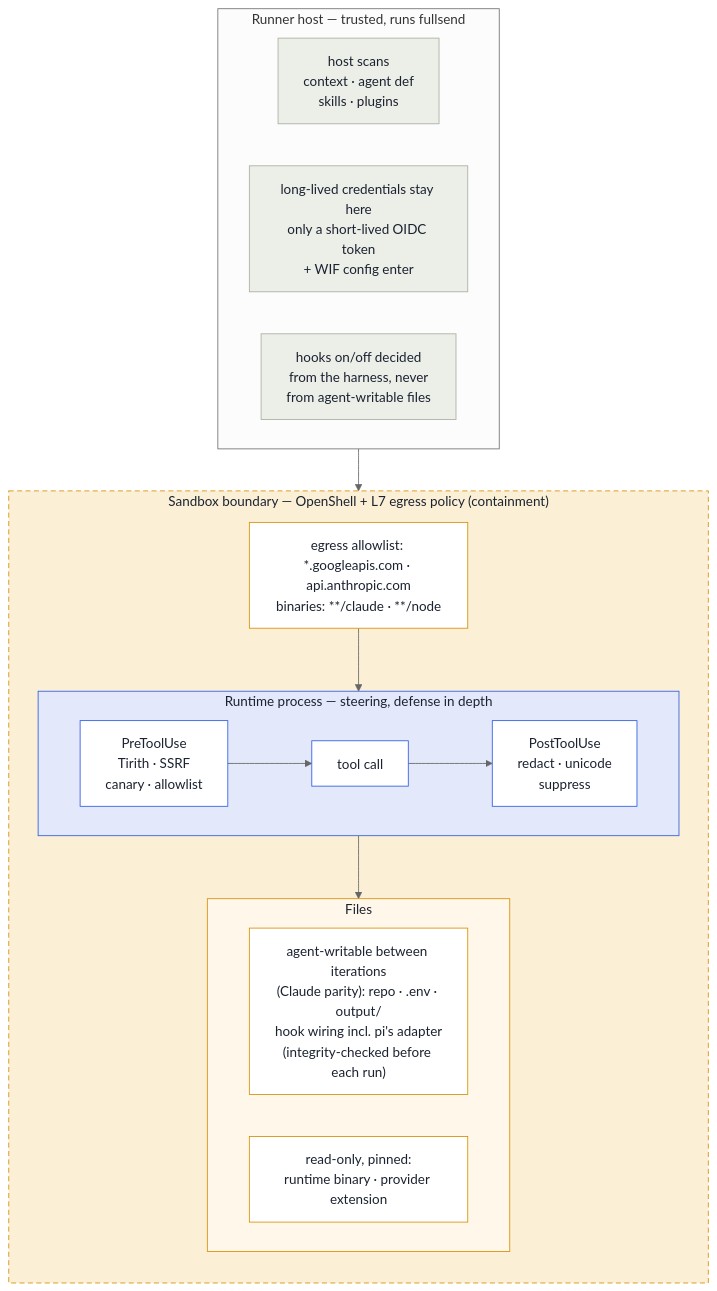
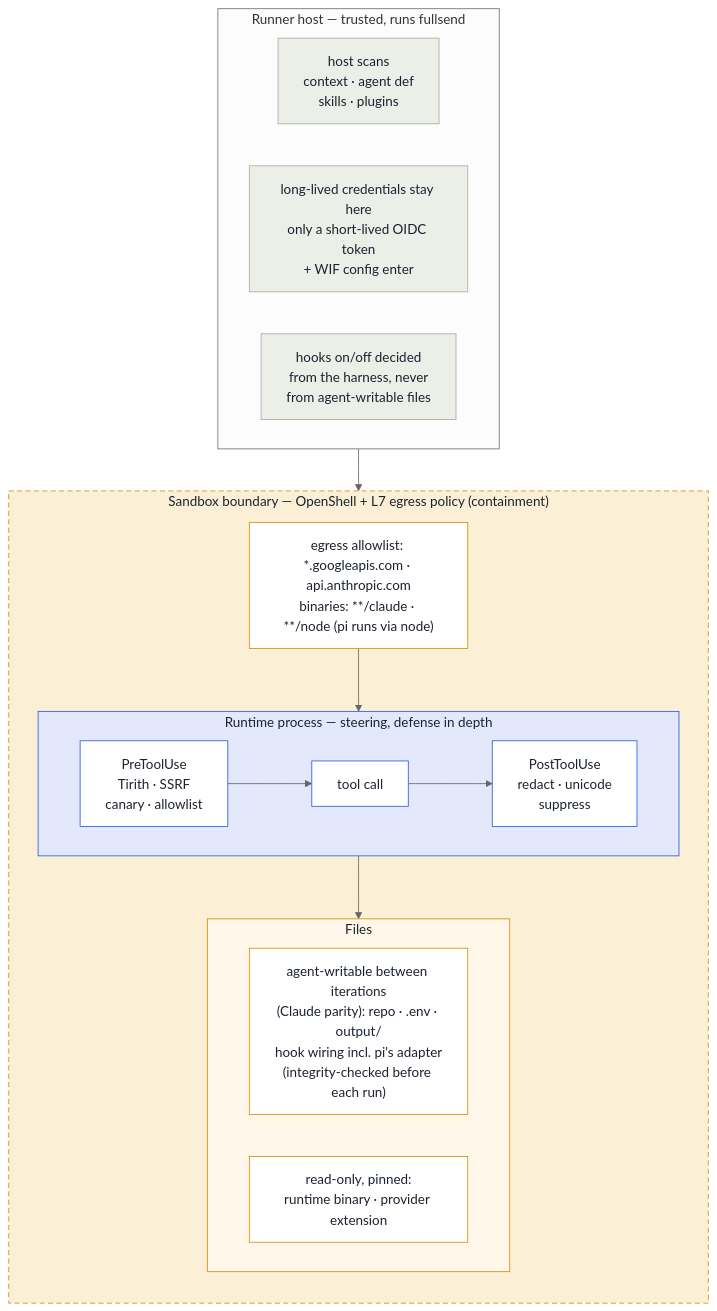
The second of 3 diagrams in docs/runtimes.md (Benkapner/fullsend), drawn with Mermaid (neutral theme) before and after one commit. The commit also changed other lines of this file and 4 other files, not shown here.

````diff
--- a/docs/runtimes.md
+++ b/docs/runtimes.md
@@ -47,36 +47,36 @@
 ```mermaid
 flowchart TB
   subgraph HOST["Runner host — trusted, runs fullsend"]
     direction LR
     SCAN["host scans\ncontext · agent def\nskills · plugins"]
     CRED["long-lived credentials stay here\nonly a short-lived OIDC token\n+ WIF config enter"]
     SIG["hooks on/off decided\nfrom the harness, never\nfrom agent-writable files"]
   end
   subgraph SB["Sandbox boundary — OpenShell + L7 egress policy (containment)"]
     direction TB
-    EG["egress allowlist: *.googleapis.com · api.anthropic.com\nbinaries: **/claude · **/node"]
+    EG["egress allowlist: *.googleapis.com · api.anthropic.com\nbinaries: **/claude · **/node (pi runs via node)"]
     subgraph PROC["Runtime process — steering, defense in depth"]
       direction LR
       PRE["PreToolUse\nTirith · SSRF\ncanary · allowlist"]
       TOOL["tool call"]
       POST["PostToolUse\nredact · unicode\nsuppress"]
       PRE --> TOOL --> POST
     end
     subgraph FS["Files"]
       direction LR
       WR["agent-writable between iterations\n(Claude parity): repo · .env · output/\nhook wiring incl. pi's adapter\n(integrity-checked before each run)"]
       RO["read-only, pinned:\nruntime binary · provider extension"]
     end
     EG --> PROC --> FS
   end
   HOST --> SB
   style SB fill:#fbf0d6,stroke:#d98e04,stroke-dasharray:6 4,color:#1b2230
   style PROC fill:#e3e9fb,stroke:#2d5be3,color:#1b2230
   style FS fill:#fff8ea,stroke:#d98e04,color:#1b2230
   classDef boundary fill:#fff,stroke:#d98e04,color:#1b2230;
   classDef steer fill:#fff,stroke:#2d5be3,color:#1b2230;
   classDef host fill:#eceee8,stroke:#a9afa4,color:#1b2230;
   class EG,WR,RO boundary;
   class PRE,TOOL,POST steer;
   class SCAN,CRED,SIG host;
 ```
````
